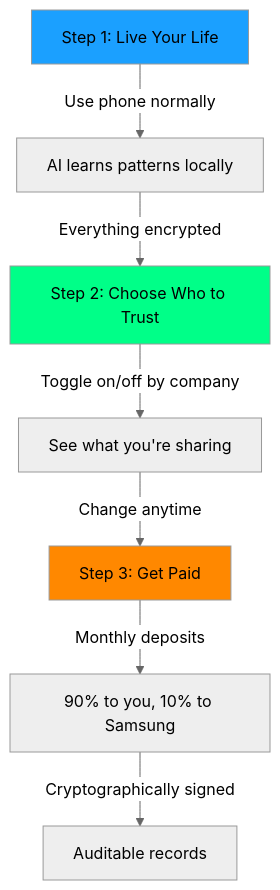
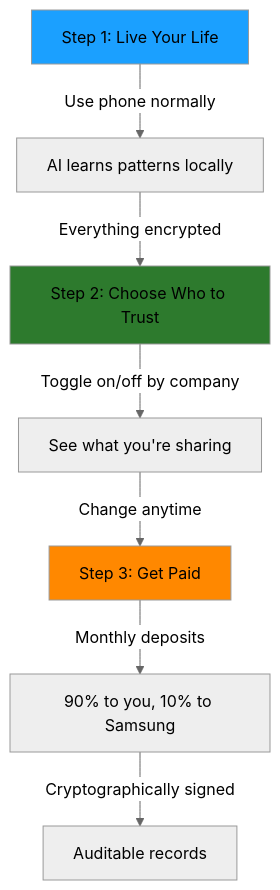
One commit to yxl74/AI_PITCH changed the fourth of 12 diagrams in pitch.md. Above: the diagram before and after it, drawn with Mermaid (neutral theme). The commit also changed other lines of this file, not shown here.

````diff
--- a/pitch.md
+++ b/pitch.md
@@ -158,13 +158,13 @@
 ```mermaid
 graph TD
     A[Step 1: Live Your Life] -->|Use phone normally| B[AI learns patterns locally]
     B -->|Everything encrypted| C[Step 2: Choose Who to Trust]
     C -->|Toggle on/off by company| D[See what you're sharing]
     D -->|Change anytime| E[Step 3: Get Paid]
     E -->|Monthly deposits| F[90% to you, 10% to Samsung]
     F -->|Cryptographically signed| G[Auditable records]
     
     style A fill:#1ba0ff
-    style C fill:#00ff88
+    style C fill:#2d7a2d
     style E fill:#ff8800
 ```
````
